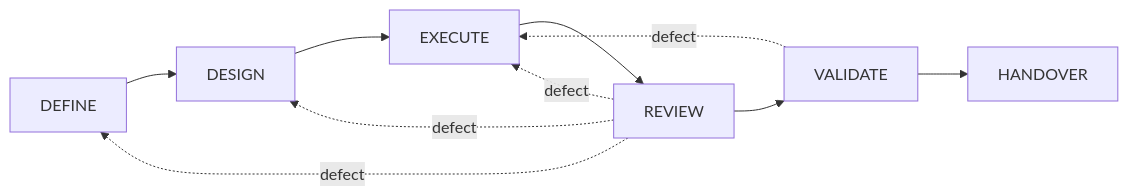
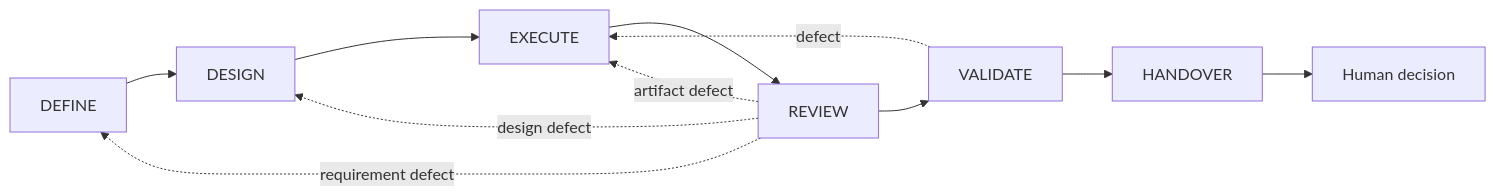
The first of 2 diagrams in README.md (RezaGolriz/autonomous-build-loop-universal-template), drawn with Mermaid before and after one commit. The commit also changed other lines of this file and 73 other files, not shown here.

````diff
--- a/README.md
+++ b/README.md
@@ -40,8 +12,13 @@
 ```mermaid
 flowchart LR
-    A[DEFINE] --> B[DESIGN] --> C[EXECUTE] --> D[REVIEW] --> E[VALIDATE] --> F[HANDOVER]
-    D -. defect .-> A
-    D -. defect .-> B
-    D -. defect .-> C
-    E -. defect .-> C
+    D[DEFINE] --> G[DESIGN]
+    G --> E[EXECUTE]
+    E --> R[REVIEW]
+    R --> V[VALIDATE]
+    V --> H[HANDOVER]
+    R -. requirement defect .-> D
+    R -. design defect .-> G
+    R -. artifact defect .-> E
+    V -. defect .-> E
+    H --> U[Human decision]
 ```
````
